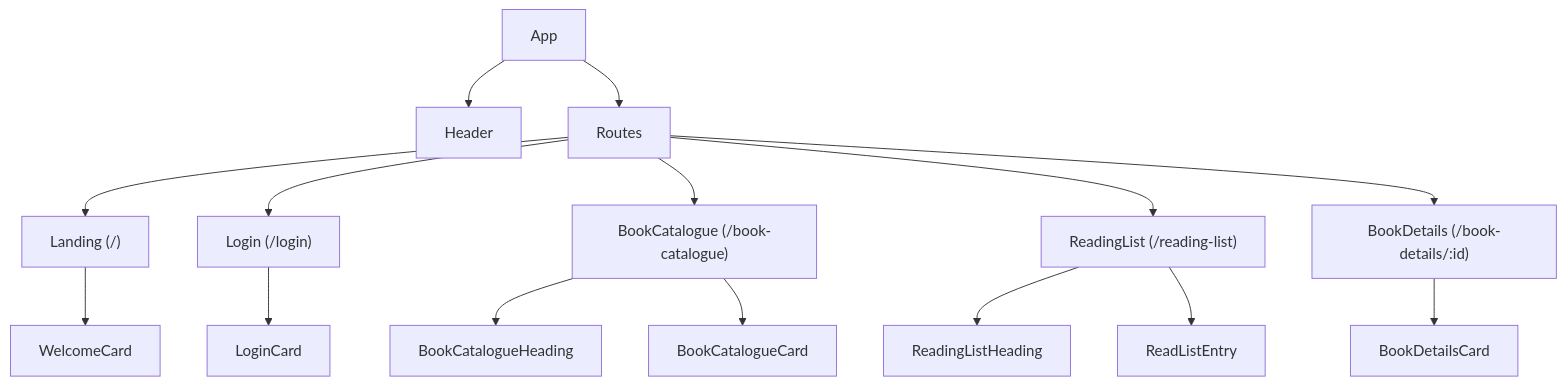
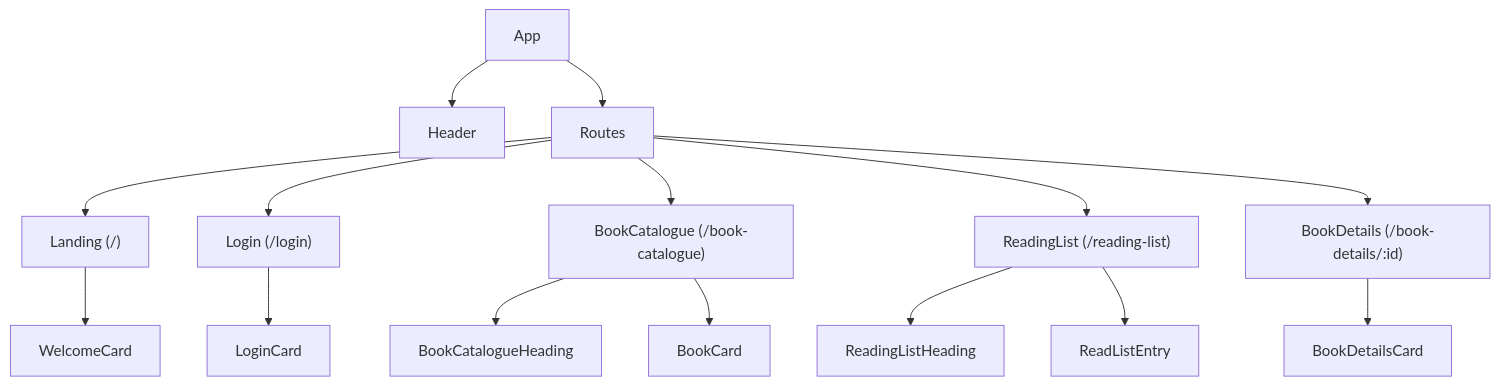
One commit to vibekeke/LOOP-W6-Angular-Shelf_Help changed the diagram in README.md. Above: the diagram before and after it, drawn with Mermaid. The commit also changed 4 other files, not shown here.

Commit message:
feat/add book-card component

````diff
--- a/README.md
+++ b/README.md
@@ -16,22 +16,22 @@
 ```mermaid
 flowchart TD
     App --> Header
     App --> Routes
 
     Routes --> Landing["Landing (/)"]
     Routes --> Login["Login (/login)"]
     Routes --> BookCatalogue["BookCatalogue (/book-catalogue)"]
     Routes --> ReadingList["ReadingList (/reading-list)"]
     Routes --> BookDetails["BookDetails (/book-details/:id)"]
 
     Landing --> WelcomeCard
     Login --> LoginCard
 
     BookCatalogue --> BookCatalogueHeading
-    BookCatalogue --> BookCatalogueCard
+    BookCatalogue --> BookCard
 
     ReadingList --> ReadingListHeading
     ReadingList --> ReadListEntry
 
     BookDetails --> BookDetailsCard
 ```
````
